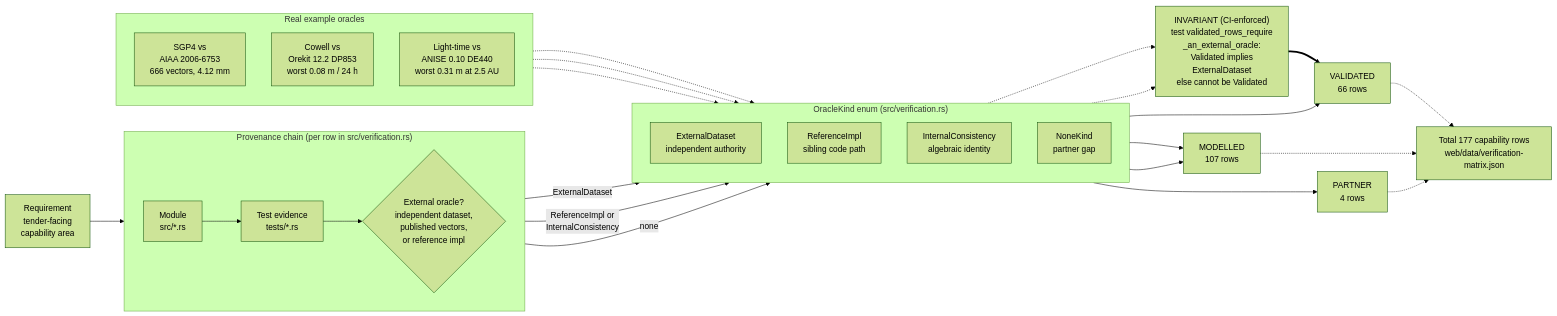
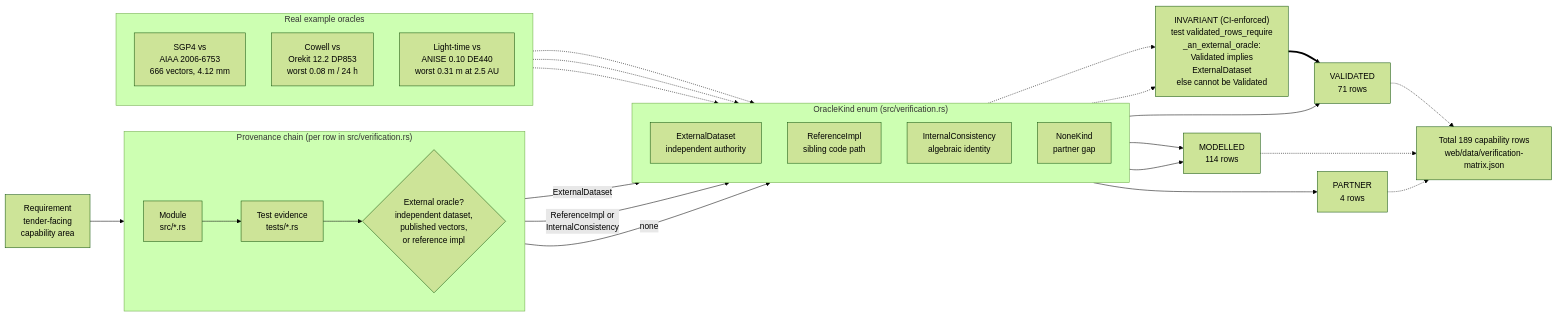
One commit to ashfordeOU/kshana changed the diagram in docs/diagrams/validation-provenance.mmd. Above: the diagram before and after it, drawn with Mermaid (forest theme). The commit also changed 33 other files, not shown here.

First line of the commit message:
docs: reconcile every count surface to the merged engine: 68 kinds, 93 scenario files, 189 matrix rows

```diff
--- a/docs/diagrams/validation-provenance.mmd
+++ b/docs/diagrams/validation-provenance.mmd
@@ -1,49 +1,49 @@
 flowchart LR
     REQ["Requirement<br/>tender-facing<br/>capability area"]
 
     subgraph CHAIN["Provenance chain (per row in src/verification.rs)"]
         direction LR
         MOD["Module<br/>src/*.rs"]
         TST["Test evidence<br/>tests/*.rs"]
         ORA{"External oracle?<br/>independent dataset,<br/>published vectors,<br/>or reference impl"}
     end
 
     REQ --> MOD --> TST --> ORA
 
     subgraph KINDS["OracleKind enum (src/verification.rs)"]
         direction TD
         EXT["ExternalDataset<br/>independent authority"]
         REF["ReferenceImpl<br/>sibling code path"]
         INT["InternalConsistency<br/>algebraic identity"]
         NON["NoneKind<br/>partner gap"]
     end
 
     ORA -->|ExternalDataset| EXT
     ORA -->|"ReferenceImpl or<br/>InternalConsistency"| INT
     ORA -->|none| NON
 
     GUARD["INVARIANT (CI-enforced)<br/>test validated_rows_require<br/>_an_external_oracle:<br/>Validated implies<br/>ExternalDataset<br/>else cannot be Validated"]
     EXT -.-> GUARD
     INT -.-> GUARD
 
-    EXT --> VAL["VALIDATED<br/>66 rows"]
-    REF --> MDL["MODELLED<br/>107 rows"]
+    EXT --> VAL["VALIDATED<br/>71 rows"]
+    REF --> MDL["MODELLED<br/>114 rows"]
     INT --> MDL
     NON --> PRT["PARTNER<br/>4 rows"]
     GUARD ==> VAL
 
     subgraph EX["Real example oracles"]
         direction TD
         E1["SGP4 vs<br/>AIAA 2006-6753<br/>666 vectors, 4.12 mm"]
         E2["Cowell vs<br/>Orekit 12.2 DP853<br/>worst 0.08 m / 24 h"]
         E3["Light-time vs<br/>ANISE 0.10 DE440<br/>worst 0.31 m at 2.5 AU"]
     end
 
     E1 -.-> EXT
     E2 -.-> EXT
     E3 -.-> EXT
 
-    TOTAL["Total 177 capability rows<br/>web/data/verification-matrix.json"]
+    TOTAL["Total 189 capability rows<br/>web/data/verification-matrix.json"]
     VAL -.-> TOTAL
     MDL -.-> TOTAL
     PRT -.-> TOTAL
```
